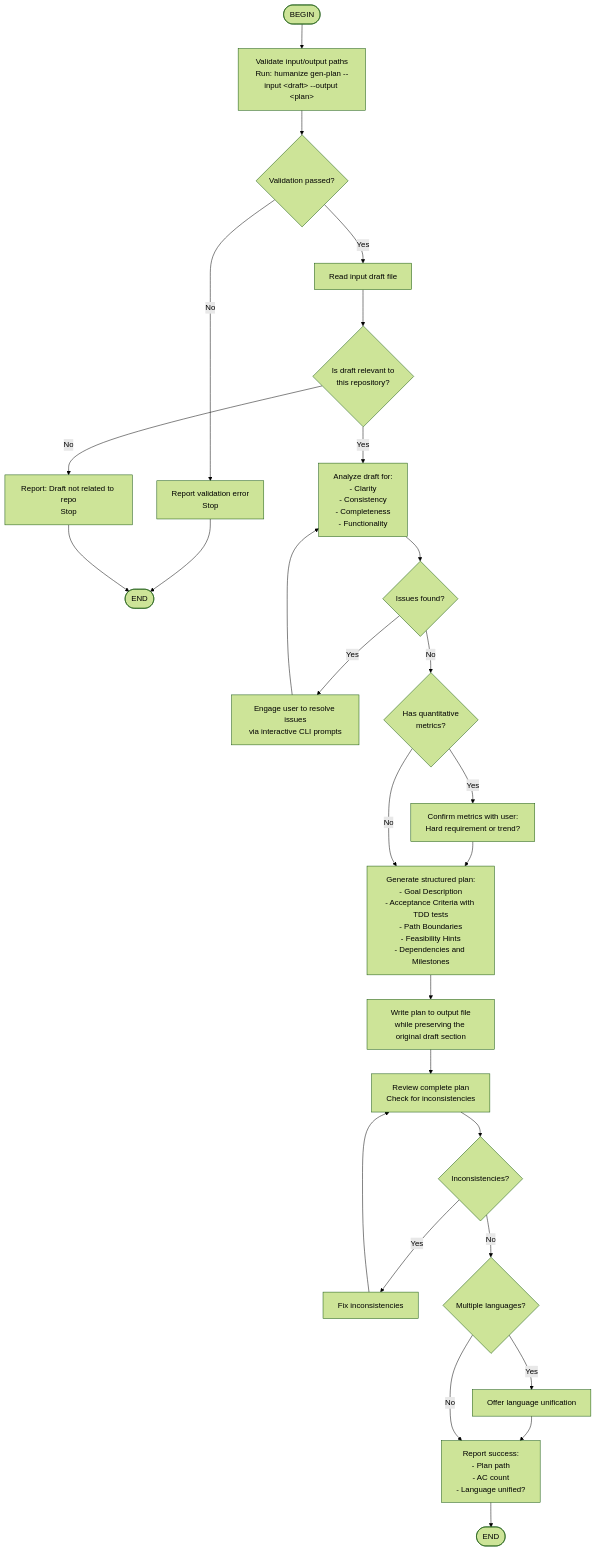
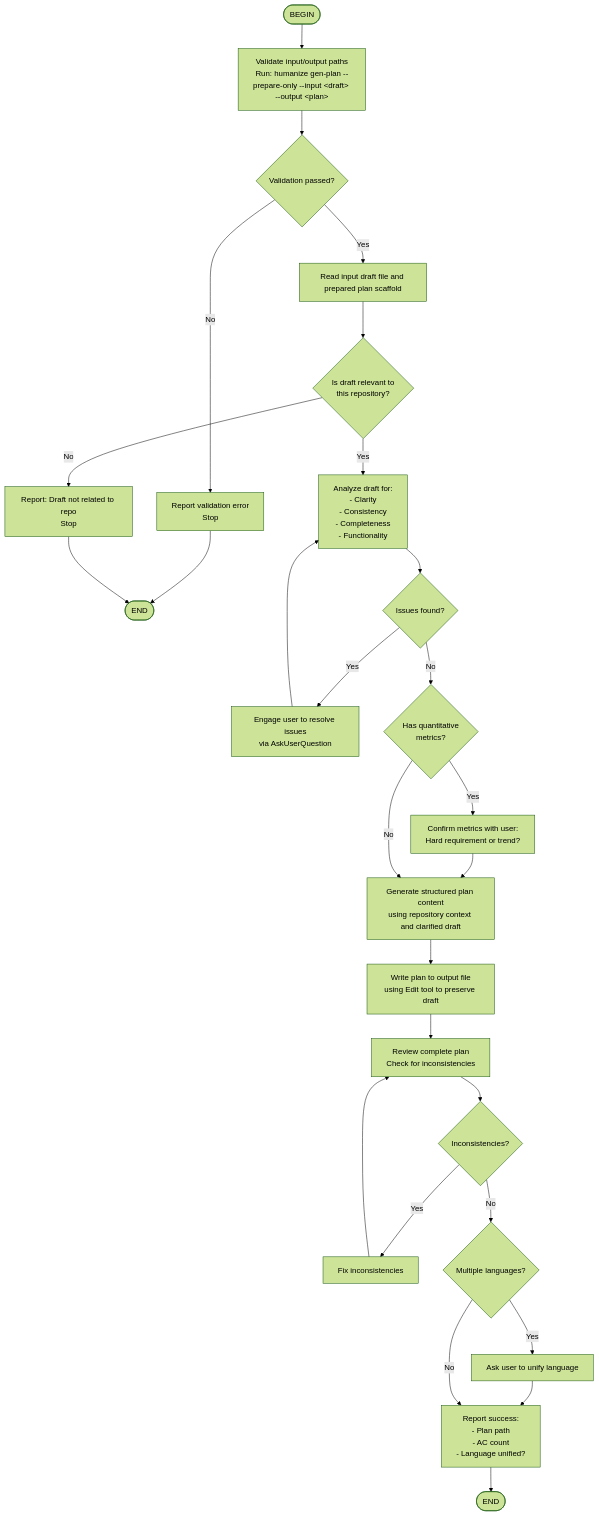
Before and after one commit to Cupnfish/humanize-rs: the diagram in skills/humanize-gen-plan/SKILL.md, drawn with Mermaid (forest theme). The commit also changed other lines of this file and 7 other files, not shown here.

````diff
--- a/skills/humanize-gen-plan/SKILL.md
+++ b/skills/humanize-gen-plan/SKILL.md
@@ -18,29 +22,29 @@
 ```mermaid
 flowchart TD
-    BEGIN([BEGIN]) --> VALIDATE["Validate input/output paths<br/>Run: humanize gen-plan --input &lt;draft&gt; --output &lt;plan&gt;"]
+    BEGIN([BEGIN]) --> VALIDATE["Validate input/output paths<br/>Run: humanize gen-plan --prepare-only --input &lt;draft&gt; --output &lt;plan&gt;"]
     VALIDATE --> CHECK{Validation passed?}
     CHECK -->|No| REPORT_ERROR["Report validation error<br/>Stop"]
     REPORT_ERROR --> END_FAIL([END])
-    CHECK -->|Yes| READ_DRAFT[Read input draft file]
+    CHECK -->|Yes| READ_DRAFT[Read input draft file and prepared plan scaffold]
     READ_DRAFT --> CHECK_RELEVANCE{"Is draft relevant to<br/>this repository?"}
     CHECK_RELEVANCE -->|No| REPORT_IRRELEVANT["Report: Draft not related to repo<br/>Stop"]
     REPORT_IRRELEVANT --> END_FAIL
     CHECK_RELEVANCE -->|Yes| ANALYZE["Analyze draft for:<br/>- Clarity<br/>- Consistency<br/>- Completeness<br/>- Functionality"]
     ANALYZE --> HAS_ISSUES{Issues found?}
-    HAS_ISSUES -->|Yes| RESOLVE["Engage user to resolve issues<br/>via interactive CLI prompts"]
+    HAS_ISSUES -->|Yes| RESOLVE["Engage user to resolve issues<br/>via AskUserQuestion"]
     RESOLVE --> ANALYZE
     HAS_ISSUES -->|No| CHECK_METRICS{"Has quantitative<br/>metrics?"}
     CHECK_METRICS -->|Yes| CONFIRM_METRICS["Confirm metrics with user:<br/>Hard requirement or trend?"]
     CONFIRM_METRICS --> GEN_PLAN
-    CHECK_METRICS -->|No| GEN_PLAN["Generate structured plan:<br/>- Goal Description<br/>- Acceptance Criteria with TDD tests<br/>- Path Boundaries<br/>- Feasibility Hints<br/>- Dependencies and Milestones"]
-    GEN_PLAN --> WRITE["Write plan to output file<br/>while preserving the original draft section"]
+    CHECK_METRICS -->|No| GEN_PLAN["Generate structured plan content<br/>using repository context and clarified draft"]
+    GEN_PLAN --> WRITE["Write plan to output file<br/>using Edit tool to preserve draft"]
     WRITE --> REVIEW["Review complete plan<br/>Check for inconsistencies"]
     REVIEW --> INCONSISTENT{Inconsistencies?}
     INCONSISTENT -->|Yes| FIX[Fix inconsistencies]
     FIX --> REVIEW
     INCONSISTENT -->|No| CHECK_LANG{"Multiple languages?"}
-    CHECK_LANG -->|Yes| UNIFY[Offer language unification]
+    CHECK_LANG -->|Yes| UNIFY[Ask user to unify language]
     UNIFY --> REPORT_SUCCESS
     CHECK_LANG -->|No| REPORT_SUCCESS["Report success:<br/>- Plan path<br/>- AC count<br/>- Language unified?"]
     REPORT_SUCCESS --> END_SUCCESS([END])
 ```
````
